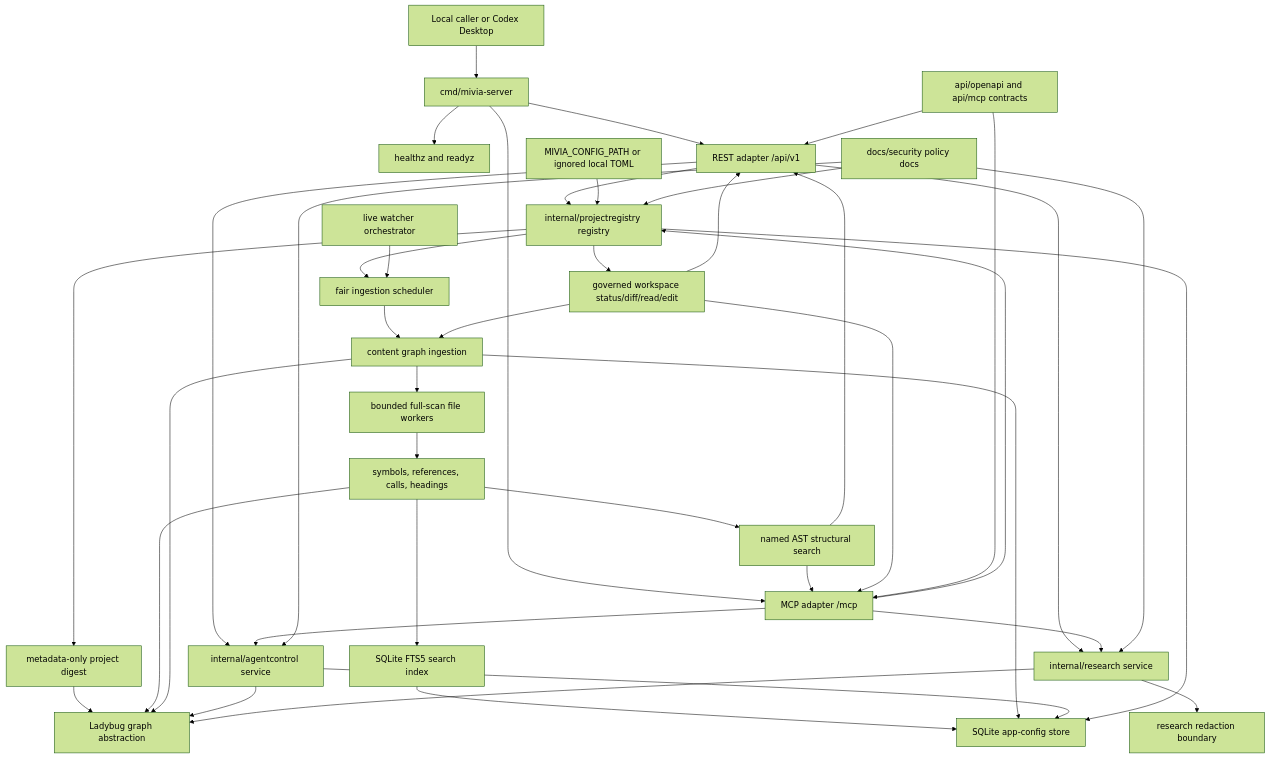
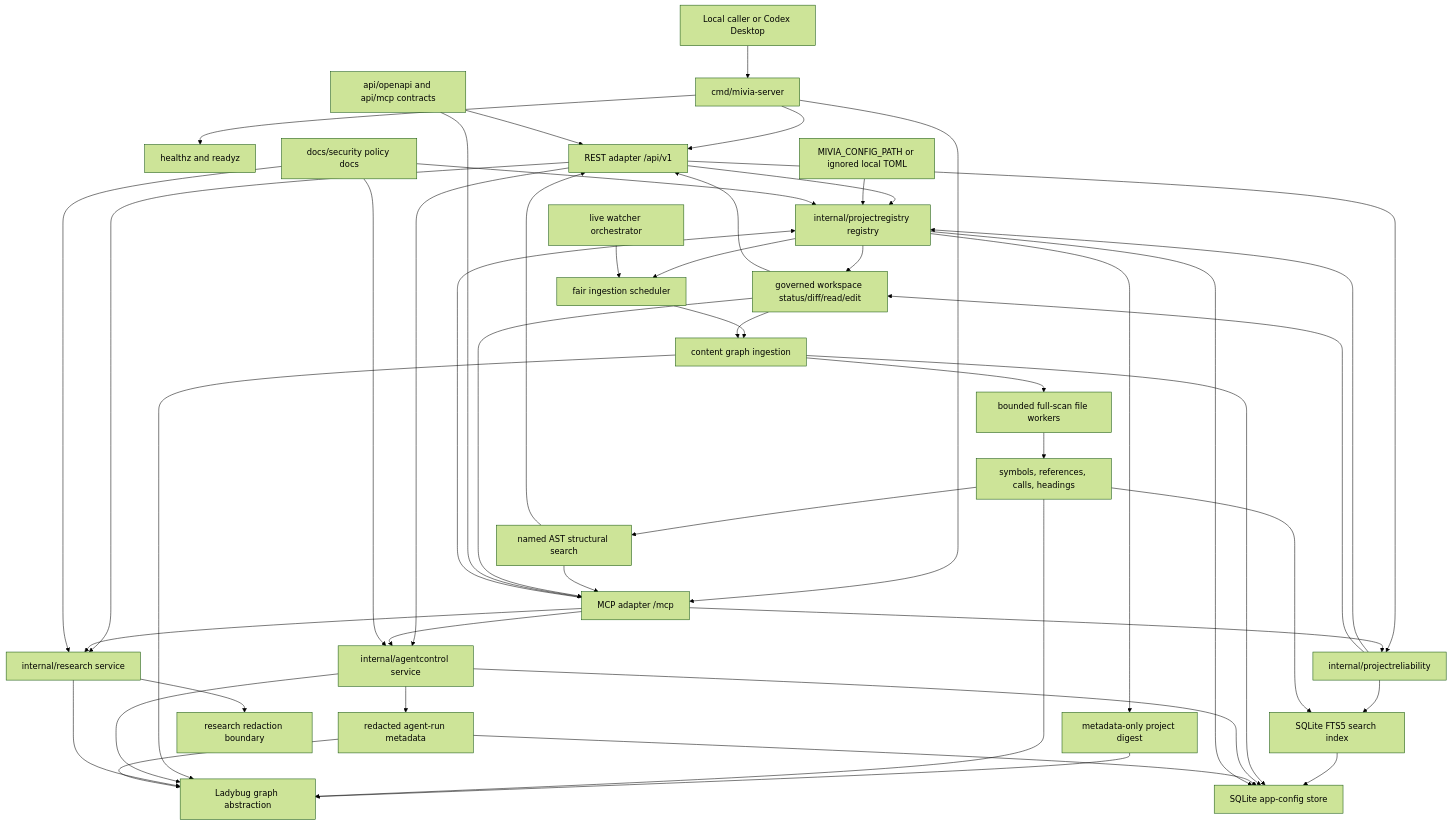
One commit to MiviaLabs/go-mivia changed the first of 7 diagrams in docs/architecture/system-architecture.md. Above: the diagram before and after it, drawn with Mermaid (forest theme). The commit also changed other lines of this file and 23 other files, not shown here.

Commit message:
Add agent reliability MCP surfaces

````diff
--- a/docs/architecture/system-architecture.md
+++ b/docs/architecture/system-architecture.md
@@ -27,67 +28,77 @@
 ```mermaid
 flowchart TB
   LocalClient["Local caller or Codex Desktop"]
   Server["cmd/mivia-server"]
   Health["healthz and readyz"]
   REST["REST adapter /api/v1"]
   MCP["MCP adapter /mcp"]
   AgentService["internal/agentcontrol service"]
+  AgentRuns["redacted agent-run metadata"]
   ProjectRegistry["internal/projectregistry registry"]
+  Reliability["internal/projectreliability"]
   ProjectDigest["metadata-only project digest"]
   ProjectIngestion["content graph ingestion"]
   ProjectWorkspace["governed workspace status/diff/read/edit"]
   Scheduler["fair ingestion scheduler"]
   Watcher["live watcher orchestrator"]
   FullScanWorkers["bounded full-scan file workers"]
   SemanticGraph["symbols, references, calls, headings"]
   SearchIndex["SQLite FTS5 search index"]
   ASTSearch["named AST structural search"]
   ResearchService["internal/research service"]
   Redaction["research redaction boundary"]
   Ladybug["Ladybug graph abstraction"]
   SQLite["SQLite app-config store"]
   ConfigFile["MIVIA_CONFIG_PATH or ignored local TOML"]
   Contracts["api/openapi and api/mcp contracts"]
   SecurityDocs["docs/security policy docs"]
 
   LocalClient --> Server
   Server --> Health
   Server --> REST
   Server --> MCP
   REST --> AgentService
   MCP --> AgentService
+  AgentService --> AgentRuns
   REST --> ProjectRegistry
   MCP --> ProjectRegistry
+  REST --> Reliability
+  MCP --> Reliability
+  Reliability --> ProjectRegistry
+  Reliability --> ProjectWorkspace
+  Reliability --> SearchIndex
   ProjectRegistry --> ProjectDigest
   ProjectRegistry --> ProjectWorkspace
   ProjectDigest --> Ladybug
   ProjectRegistry --> Scheduler
   Watcher --> Scheduler
   Scheduler --> ProjectIngestion
   ProjectIngestion --> FullScanWorkers
   FullScanWorkers --> SemanticGraph
   SemanticGraph --> Ladybug
   SemanticGraph --> SearchIndex
   SearchIndex --> SQLite
   SemanticGraph --> ASTSearch
   ASTSearch --> REST
   ASTSearch --> MCP
   ProjectIngestion --> Ladybug
   ProjectIngestion --> SQLite
   ProjectWorkspace --> ProjectIngestion
   ProjectWorkspace --> REST
   ProjectWorkspace --> MCP
   ConfigFile --> ProjectRegistry
   REST --> ResearchService
   MCP --> ResearchService
   ResearchService --> Redaction
   AgentService --> Ladybug
   ResearchService --> Ladybug
+  AgentRuns --> Ladybug
   AgentService --> SQLite
+  AgentRuns --> SQLite
   ProjectRegistry --> SQLite
   Contracts --> REST
   Contracts --> MCP
   SecurityDocs --> AgentService
   SecurityDocs --> ProjectRegistry
   SecurityDocs --> ResearchService
 ```
````
